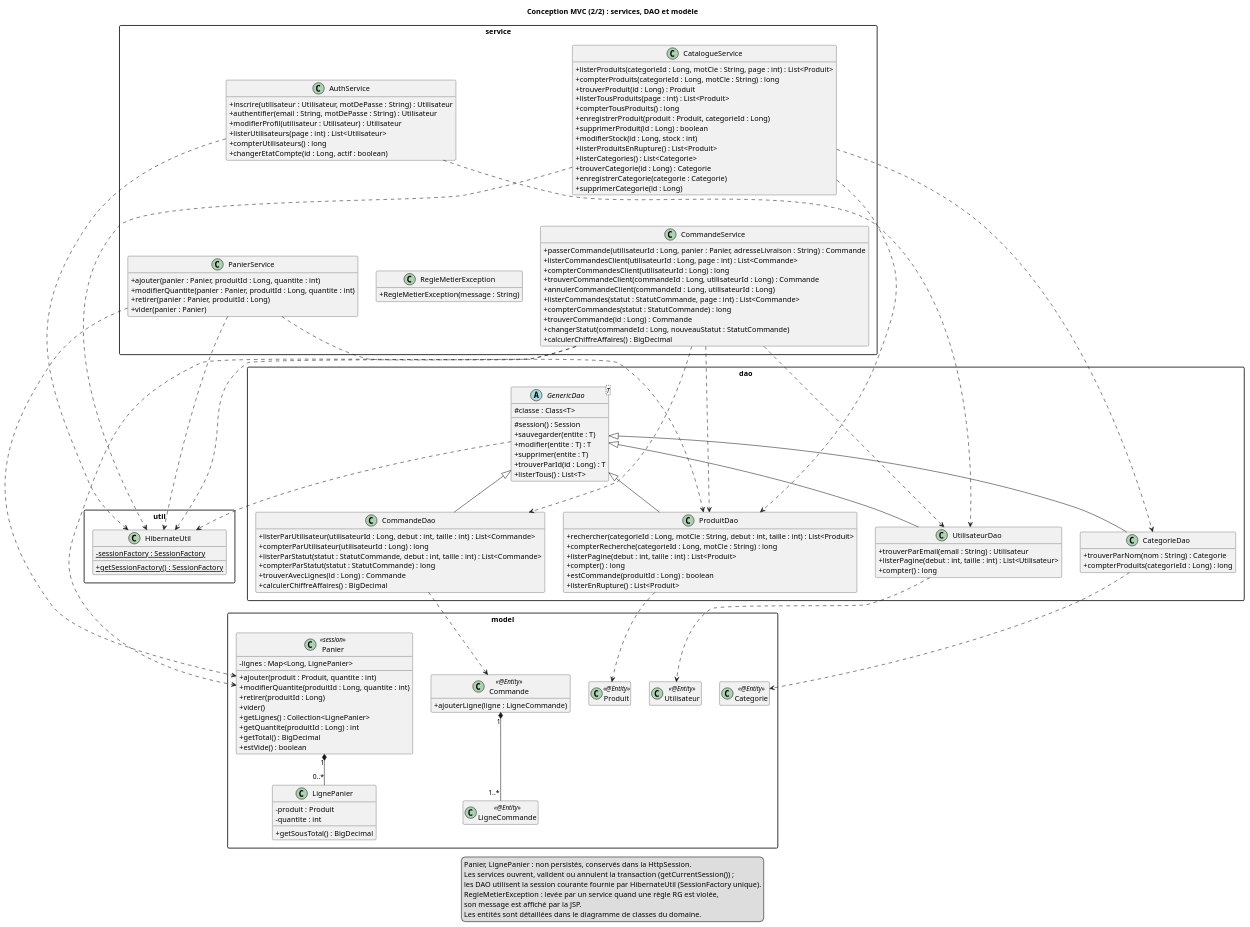
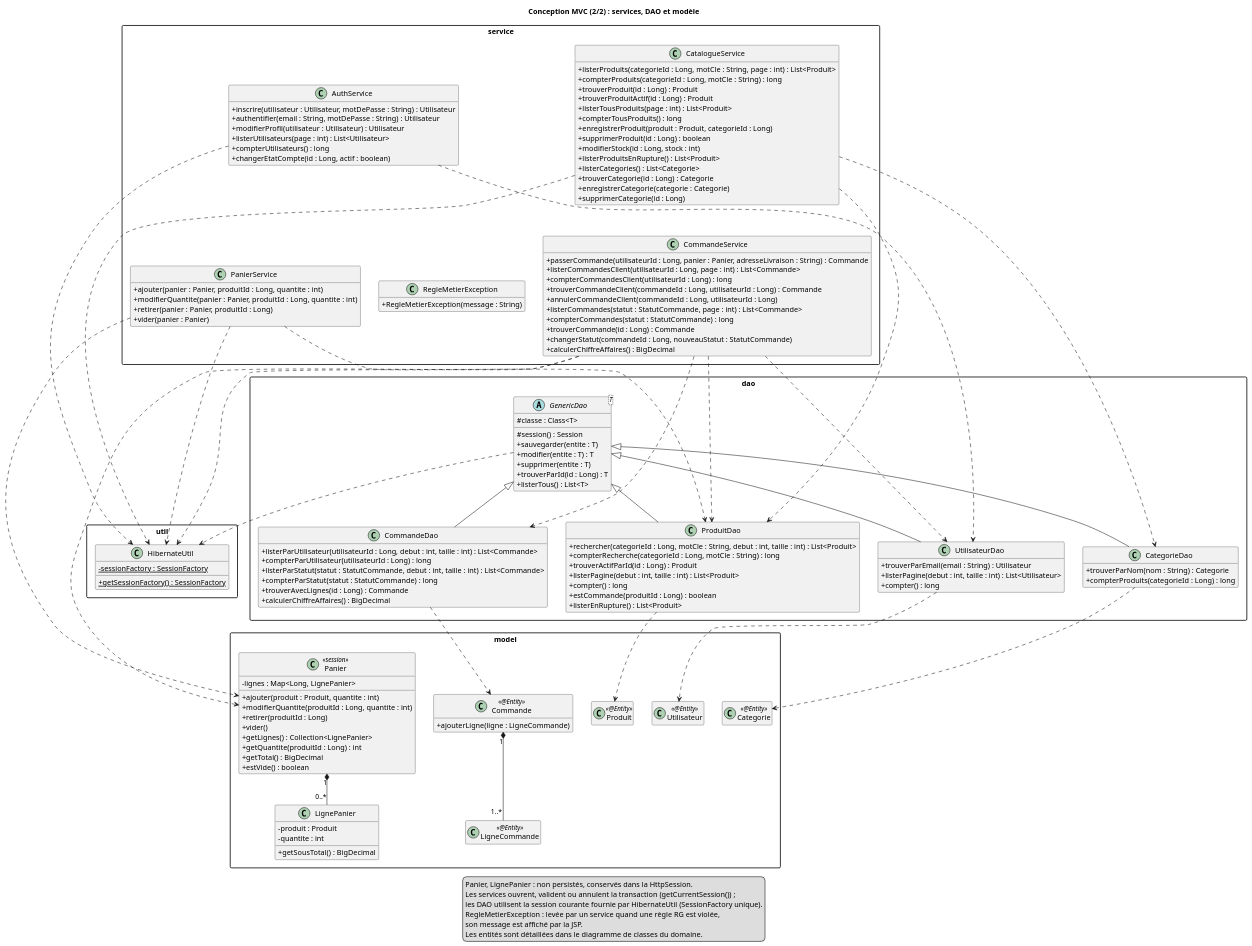
One commit to unk-user/Boutique-JEE changed the diagram in docs/uml/classes-conception-metier.puml. Above: the diagram before and after it, drawn with PlantUML. The commit also changed 1 other file, not shown here.

Commit message:
docs: diagramme de conception, recherche du catalogue et produit actif

```diff
--- a/docs/uml/classes-conception-metier.puml
+++ b/docs/uml/classes-conception-metier.puml
@@ -1,172 +1,174 @@
 @startuml classes-conception-metier
 title Conception MVC (2/2) : services, DAO et modèle
 skinparam classAttributeIconSize 0
 skinparam packageStyle rectangle
 hide empty members
 
 package "service" {
   class AuthService {
     + inscrire(utilisateur : Utilisateur, motDePasse : String) : Utilisateur
     + authentifier(email : String, motDePasse : String) : Utilisateur
     + modifierProfil(utilisateur : Utilisateur) : Utilisateur
     + listerUtilisateurs(page : int) : List<Utilisateur>
     + compterUtilisateurs() : long
     + changerEtatCompte(id : Long, actif : boolean)
   }
   class CatalogueService {
     + listerProduits(categorieId : Long, motCle : String, page : int) : List<Produit>
     + compterProduits(categorieId : Long, motCle : String) : long
     + trouverProduit(id : Long) : Produit
+    + trouverProduitActif(id : Long) : Produit
     + listerTousProduits(page : int) : List<Produit>
     + compterTousProduits() : long
     + enregistrerProduit(produit : Produit, categorieId : Long)
     + supprimerProduit(id : Long) : boolean
     + modifierStock(id : Long, stock : int)
     + listerProduitsEnRupture() : List<Produit>
     + listerCategories() : List<Categorie>
     + trouverCategorie(id : Long) : Categorie
     + enregistrerCategorie(categorie : Categorie)
     + supprimerCategorie(id : Long)
   }
   class PanierService {
     + ajouter(panier : Panier, produitId : Long, quantite : int)
     + modifierQuantite(panier : Panier, produitId : Long, quantite : int)
     + retirer(panier : Panier, produitId : Long)
     + vider(panier : Panier)
   }
   class CommandeService {
     + passerCommande(utilisateurId : Long, panier : Panier, adresseLivraison : String) : Commande
     + listerCommandesClient(utilisateurId : Long, page : int) : List<Commande>
     + compterCommandesClient(utilisateurId : Long) : long
     + trouverCommandeClient(commandeId : Long, utilisateurId : Long) : Commande
     + annulerCommandeClient(commandeId : Long, utilisateurId : Long)
     + listerCommandes(statut : StatutCommande, page : int) : List<Commande>
     + compterCommandes(statut : StatutCommande) : long
     + trouverCommande(id : Long) : Commande
     + changerStatut(commandeId : Long, nouveauStatut : StatutCommande)
     + calculerChiffreAffaires() : BigDecimal
   }
   class RegleMetierException {
     + RegleMetierException(message : String)
   }
 }
 
 package "dao" {
   abstract class "GenericDao<T>" as GenericDao {
     # classe : Class<T>
     # session() : Session
     + sauvegarder(entite : T)
     + modifier(entite : T) : T
     + supprimer(entite : T)
     + trouverParId(id : Long) : T
     + listerTous() : List<T>
   }
   class UtilisateurDao {
     + trouverParEmail(email : String) : Utilisateur
     + listerPagine(debut : int, taille : int) : List<Utilisateur>
     + compter() : long
   }
   class CategorieDao {
     + trouverParNom(nom : String) : Categorie
     + compterProduits(categorieId : Long) : long
   }
   class ProduitDao {
     + rechercher(categorieId : Long, motCle : String, debut : int, taille : int) : List<Produit>
     + compterRecherche(categorieId : Long, motCle : String) : long
+    + trouverActifParId(id : Long) : Produit
     + listerPagine(debut : int, taille : int) : List<Produit>
     + compter() : long
     + estCommande(produitId : Long) : boolean
     + listerEnRupture() : List<Produit>
   }
   class CommandeDao {
     + listerParUtilisateur(utilisateurId : Long, debut : int, taille : int) : List<Commande>
     + compterParUtilisateur(utilisateurId : Long) : long
     + listerParStatut(statut : StatutCommande, debut : int, taille : int) : List<Commande>
     + compterParStatut(statut : StatutCommande) : long
     + trouverAvecLignes(id : Long) : Commande
     + calculerChiffreAffaires() : BigDecimal
   }
 }
 
 package "model" {
   class Utilisateur <<@Entity>>
   class Categorie <<@Entity>>
   class Produit <<@Entity>>
   class Commande <<@Entity>> {
     + ajouterLigne(ligne : LigneCommande)
   }
   class LigneCommande <<@Entity>>
   class Panier <<session>> {
     - lignes : Map<Long, LignePanier>
     + ajouter(produit : Produit, quantite : int)
     + modifierQuantite(produitId : Long, quantite : int)
     + retirer(produitId : Long)
     + vider()
     + getLignes() : Collection<LignePanier>
     + getQuantite(produitId : Long) : int
     + getTotal() : BigDecimal
     + estVide() : boolean
   }
   class LignePanier {
     - produit : Produit
     - quantite : int
     + getSousTotal() : BigDecimal
   }
 }
 
 package "util" {
   class HibernateUtil {
     - {static} sessionFactory : SessionFactory
     + {static} getSessionFactory() : SessionFactory
   }
 }
 
 ' Services -> DAO
 AuthService ..> UtilisateurDao
 CatalogueService ..> ProduitDao
 CatalogueService ..> CategorieDao
 PanierService ..> ProduitDao
 CommandeService ..> CommandeDao
 CommandeService ..> ProduitDao
 CommandeService ..> UtilisateurDao
 
 PanierService ..> Panier
 CommandeService ..> Panier
 UtilisateurDao ..> Utilisateur
 CategorieDao ..> Categorie
 ProduitDao ..> Produit
 CommandeDao ..> Commande
 Commande "1" *-- "1..*" LigneCommande
 
 ' Mise en page : services et DAO sur deux rangées
 AuthService -[hidden]right- CatalogueService
 AuthService -[hidden]down- PanierService
 CatalogueService -[hidden]down- CommandeService
 PanierService -[hidden]right- RegleMetierException
 PanierService -[hidden]down- GenericDao
 CommandeService -[hidden]down- GenericDao
 
 ' Héritage DAO
 GenericDao <|-- UtilisateurDao
 GenericDao <|-- CategorieDao
 GenericDao <|-- ProduitDao
 GenericDao <|-- CommandeDao
 
 GenericDao ..> HibernateUtil
 AuthService ..> HibernateUtil
 CatalogueService ..> HibernateUtil
 PanierService ..> HibernateUtil
 CommandeService ..> HibernateUtil
 Panier "1" *-- "0..*" LignePanier
 
 
 
 legend bottom
   Panier, LignePanier : non persistés, conservés dans la HttpSession.
   Les services ouvrent, valident ou annulent la transaction (getCurrentSession()) ;
   les DAO utilisent la session courante fournie par HibernateUtil (SessionFactory unique).
   RegleMetierException : levée par un service quand une règle RG est violée,
   son message est affiché par la JSP.
   Les entités sont détaillées dans le diagramme de classes du domaine.
 endlegend
 @enduml
```
